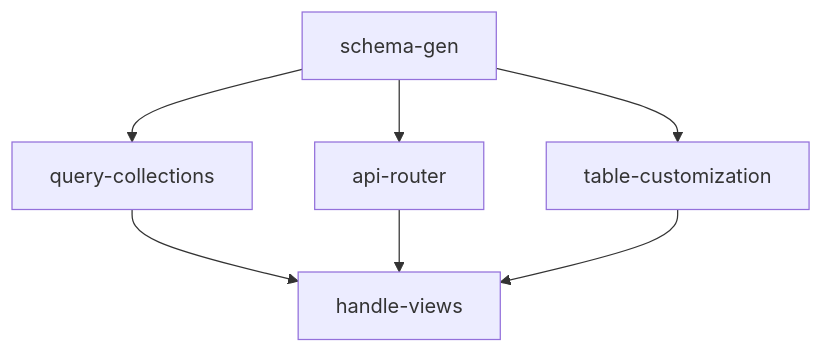
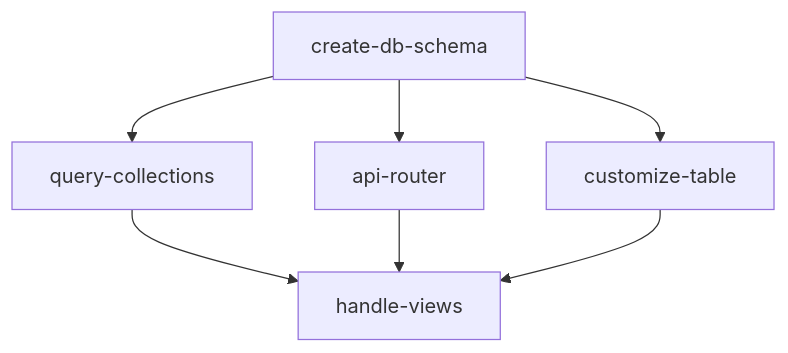
The diagram in plugins/schema0/skills/handle-views/SKILL.md (ragdotpage/plugins), drawn with Mermaid before and after one commit. The commit also changed other lines of this file and 20 other files, not shown here.

Commit message:
rename skills: schema-gen→create-db-schema, workflow-builder→build-workflow, table-customization→customize-table

````diff
--- a/plugins/schema0/skills/handle-views/SKILL.md
+++ b/plugins/schema0/skills/handle-views/SKILL.md
@@ -25,10 +25,10 @@
 ```mermaid
 flowchart TD
-    A[schema-gen] --> B[query-collections]
+    A[create-db-schema] --> B[query-collections]
     A --> C[api-router]
-    A --> D[table-customization]
+    A --> D[customize-table]
 
     B --> E[handle-views]
     C --> E
     D --> E
 ```
````
